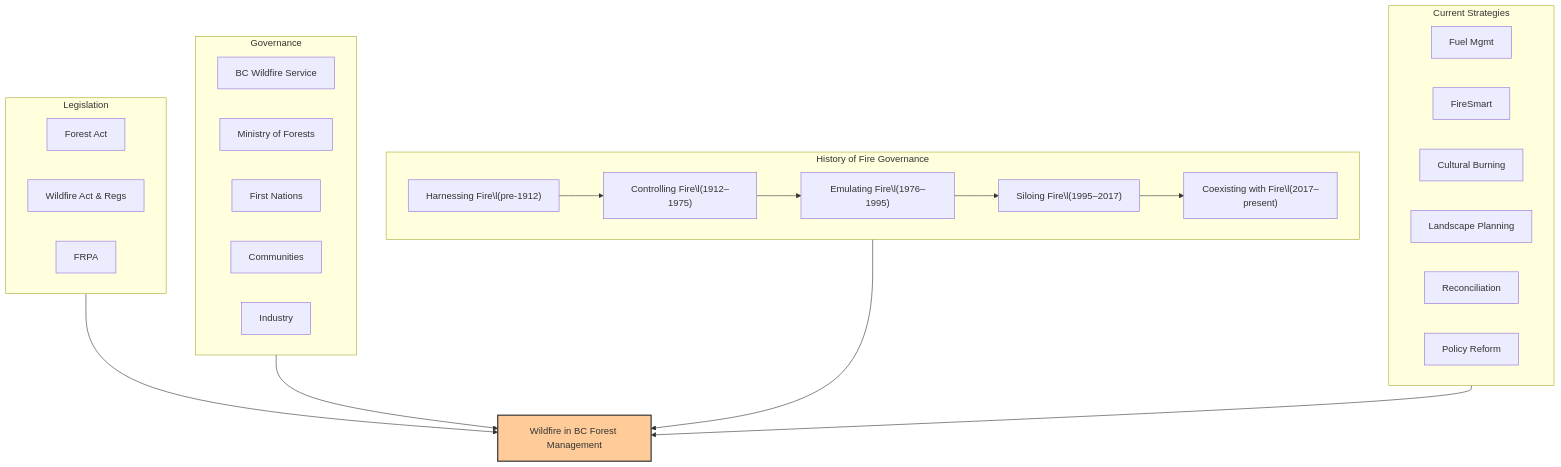
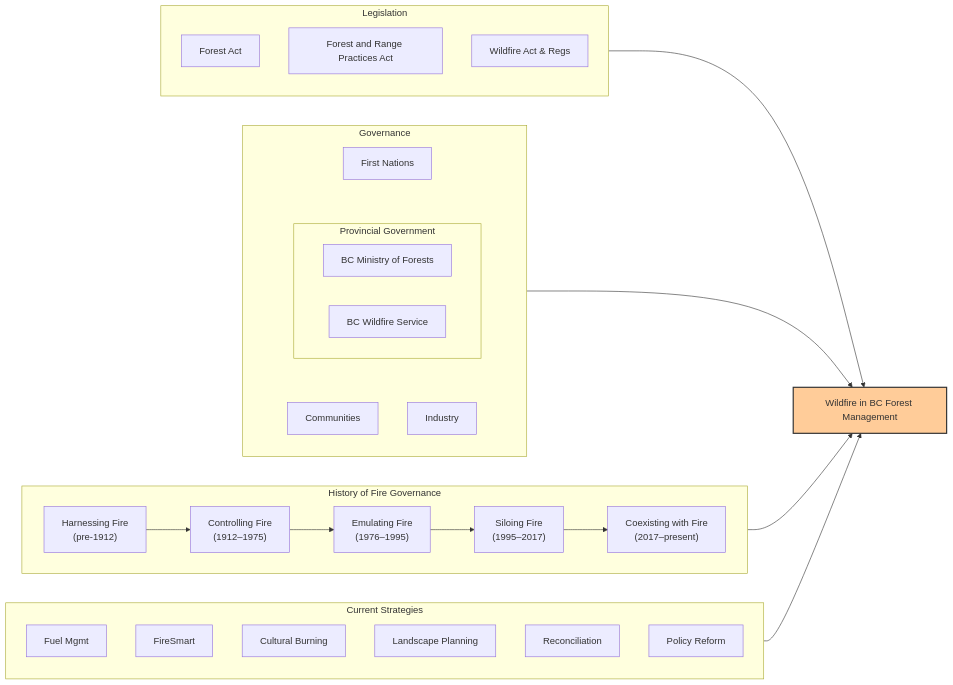
Before and after one commit to UBC-FRESH/frst521: the diagram in markdown/fire-and-forest-management-in-bc.md, drawn with Mermaid. The commit also changed other lines of this file and 1 other file, not shown here.

Commit message:
edits and cleanup, diagrams and links good now

````diff
--- a/markdown/fire-and-forest-management-in-bc.md
+++ b/markdown/fire-and-forest-management-in-bc.md
@@ -48,43 +46,55 @@
 ```mermaid
-flowchart TD
+graph LR
     A[Wildfire in BC Forest Management]:::center
 
     subgraph Legislation
         L1[Forest Act]
-        L2[Wildfire Act & Regs]
-        L3[FRPA]
+        L2[Forest and Range Practices Act]
+        L3[Wildfire Act & Regs]
     end
 
     subgraph Governance
-        G1[BC Wildfire Service]
-        G2[Ministry of Forests]
-        G3[First Nations]
+        direction TB
+        G1[First Nations]
+        subgraph PG[Provincial Government]
+            G2[BC Ministry of Forests]        
+            G3[BC Wildfire Service]
+        end
         G4[Communities]
         G5[Industry]
+        G1 ~~~ PG
+        PG ~~~ G4
+        PG ~~~ G5
     end
 
     subgraph GovernanceHistory["History of Fire Governance"]
-        H1["Harnessing Fire\l(pre-1912)"]
-        H2["Controlling Fire\l(1912–1975)"]
-        H3["Emulating Fire\l(1976–1995)"]
-        H4["Siloing Fire\l(1995–2017)"]
-        H5["Coexisting with Fire\l(2017–present)"]
+        direction LR
+        H1["Harnessing Fire 
+            (pre-1912)"]
+        H2["Controlling Fire
+            (1912–1975)"]
+        H3["Emulating Fire
+            (1976–1995)"]
+        H4["Siloing Fire
+            (1995–2017)"]
+        H5["Coexisting with Fire
+            (2017–present)"]
         H1 --> H2 --> H3 --> H4 --> H5
     end
 
     subgraph Strategies["Current Strategies"]
         S1[Fuel Mgmt]
         S2[FireSmart]
         S3[Cultural Burning]
         S4[Landscape Planning]
         S5[Reconciliation]
         S6[Policy Reform]
     end
 
     Legislation --> A
     Governance --> A
     GovernanceHistory --> A
     Strategies --> A
 
     classDef center fill:#ffcc99,stroke:#333,stroke-width:2px;
 ```
````
